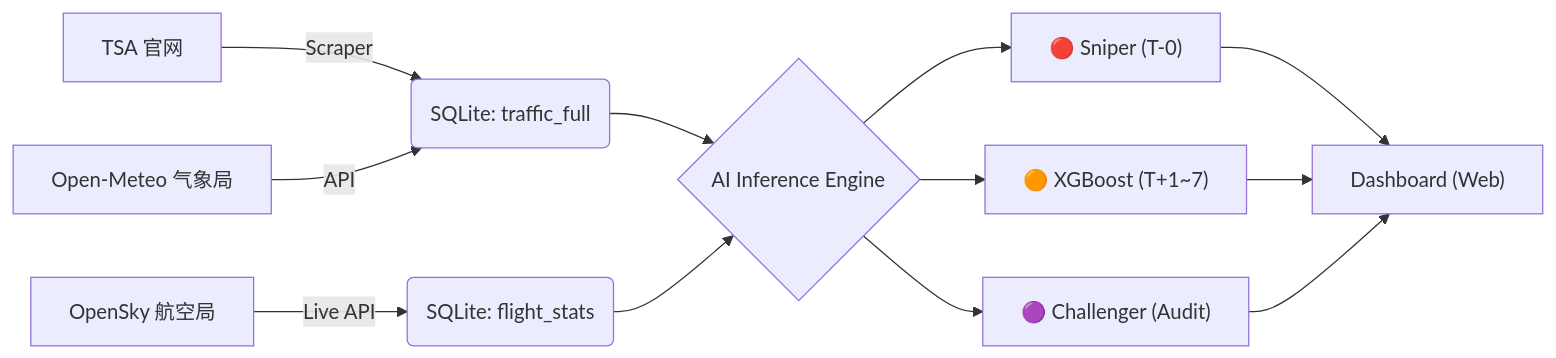
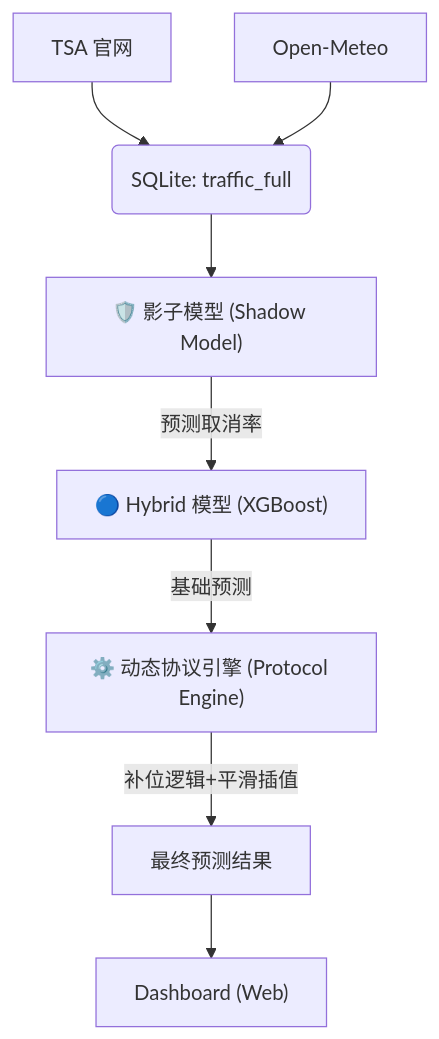
The diagram in README.md (mikoncn/tsa-Prediction), drawn with Mermaid before and after one commit. The commit also changed other lines of this file and 9 other files, not shown here.

````diff
--- a/README.md
+++ b/README.md
@@ -40,14 +31,13 @@
 ```mermaid
-graph LR
-    A["TSA 官网"] -->|Scraper| B("SQLite: traffic_full")
-    C["OpenSky 航空局"] -->|Live API| D("SQLite: flight_stats")
-    E["Open-Meteo 气象局"] -->|API| B
+graph TD
+    A["TSA 官网"] --> B("SQLite: traffic_full")
+    E["Open-Meteo"] --> B
 
-    B & D --> F{"AI Inference Engine"}
+    B --> S["🛡️ 影子模型 (Shadow Model)"]
+    S -->|预测取消率| H["🔵 Hybrid 模型 (XGBoost)"]
 
-    F --> G["🔴 Sniper (T-0)"]
-    F --> H["🟠 XGBoost (T+1~7)"]
-    F --> I["🟣 Challenger (Audit)"]
+    H -->|基础预测| P["⚙️ 动态协议引擎 (Protocol Engine)"]
+    P -->|补位逻辑+平滑插值| F["最终预测结果"]
 
-    G & H & I --> J["Dashboard (Web)"]
+    F --> J["Dashboard (Web)"]
 ```
````
